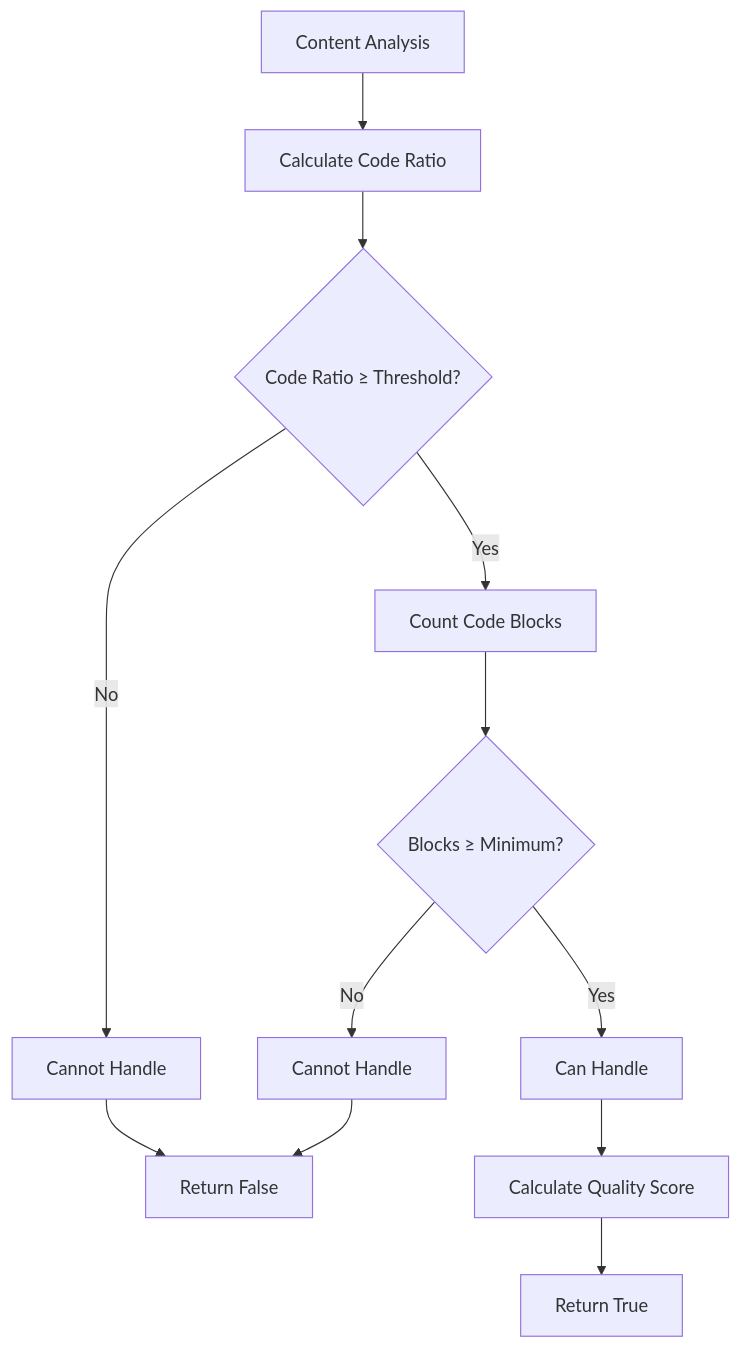
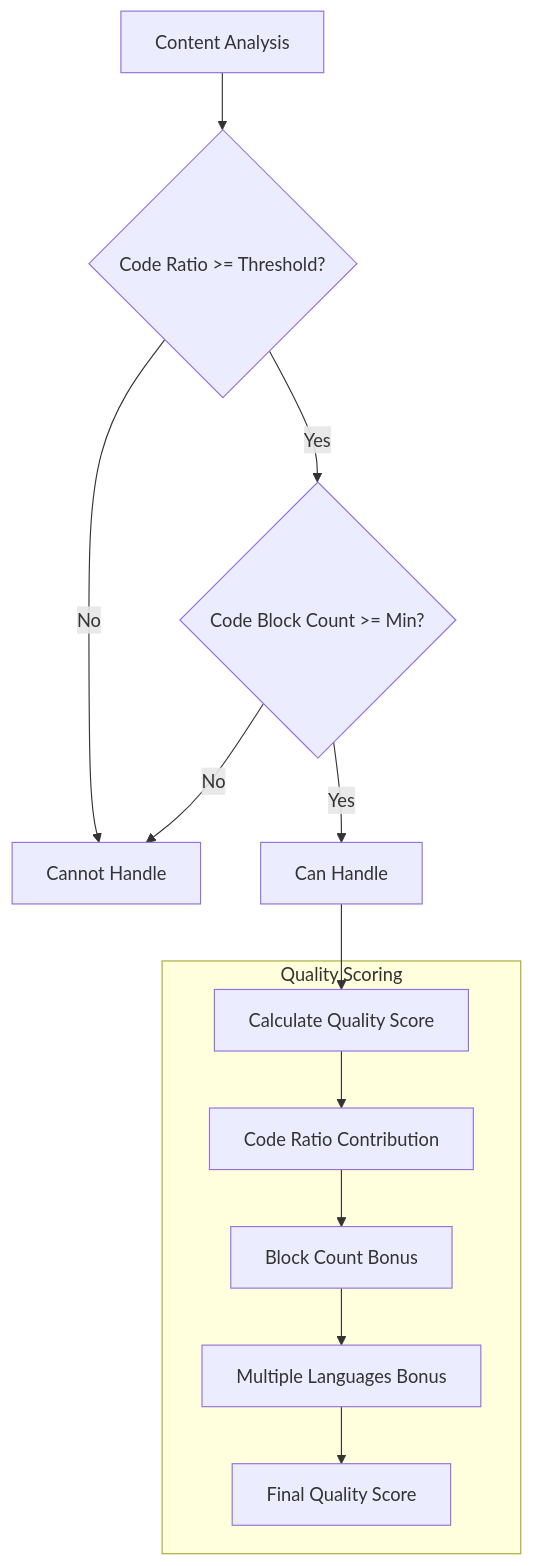
One commit to asukhodko/dify-markdown-chunker changed the second of 5 diagrams in .qoder/repowiki/en/content/Chunking Strategies/Code Strategy.md. Above: the diagram before and after it, drawn with Mermaid. The commit also changed other lines of this file and 205 other files, not shown here.

````diff
--- a/.qoder/repowiki/en/content/Chunking Strategies/Code Strategy.md
+++ b/.qoder/repowiki/en/content/Chunking Strategies/Code Strategy.md
@@ -148,14 +82,19 @@
 ```mermaid
 flowchart TD
-A["Content Analysis"] --> B["Calculate Code Ratio"]
-B --> C{"Code Ratio ≥ Threshold?"}
-C --> |No| D["Cannot Handle"]
-C --> |Yes| E["Count Code Blocks"]
-E --> F{"Blocks ≥ Minimum?"}
-F --> |No| G["Cannot Handle"]
-F --> |Yes| H["Can Handle"]
-H --> I["Calculate Quality Score"]
-I --> J["Return True"]
-D --> K["Return False"]
-G --> K
+A["Content Analysis"] --> B{"Code Ratio >= Threshold?"}
+B --> |No| C["Cannot Handle"]
+B --> |Yes| D{"Code Block Count >= Min?"}
+D --> |No| C
+D --> |Yes| E["Can Handle"]
+subgraph "Quality Scoring"
+F["Calculate Quality Score"]
+G["Code Ratio Contribution"]
+H["Block Count Bonus"]
+I["Multiple Languages Bonus"]
+F --> G
+G --> H
+H --> I
+I --> J["Final Quality Score"]
+end
+E --> F
 ```
````
